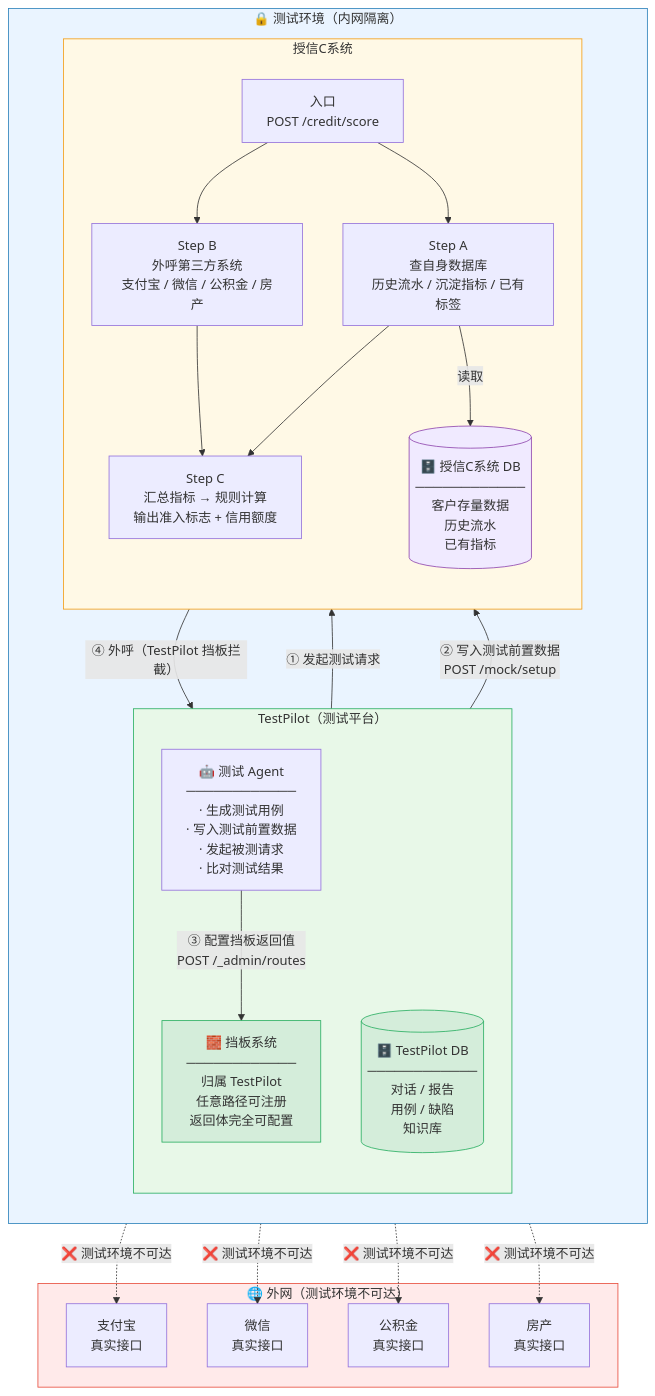
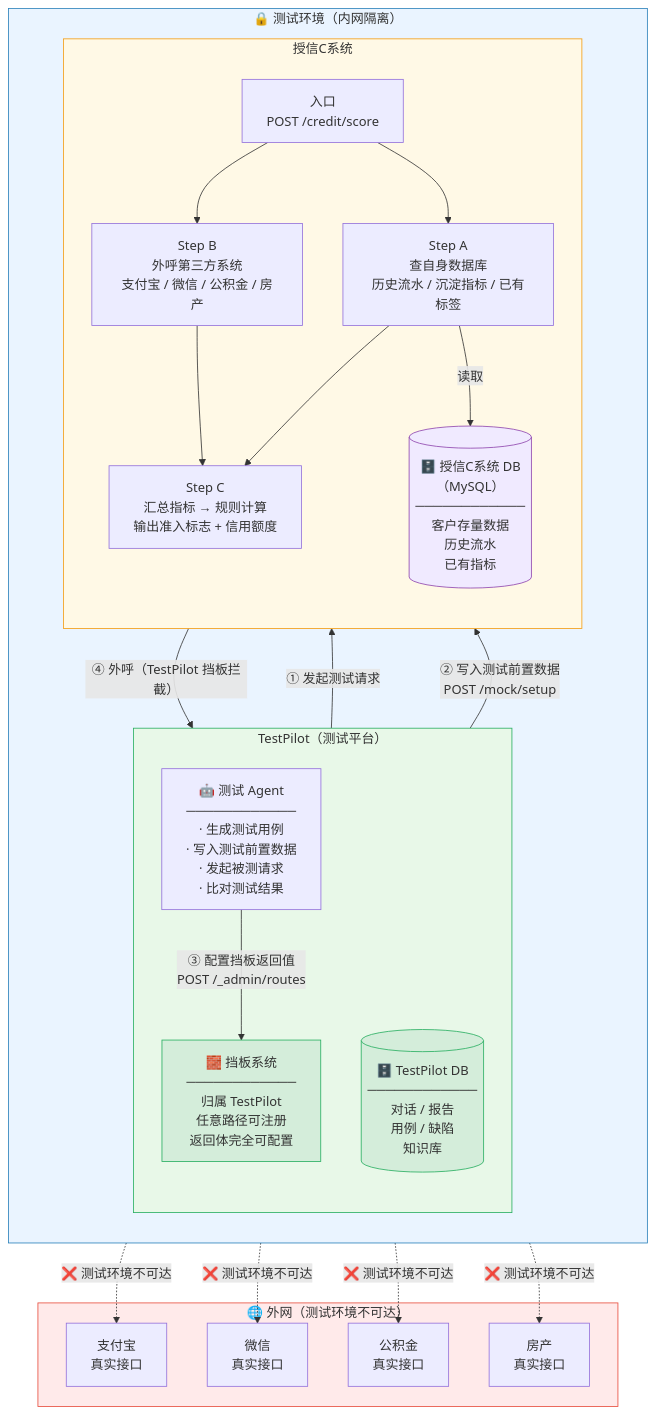
Before and after one commit to lee780/testagent-demo: the first of 4 diagrams in docs/08-测试架构组网图.md, drawn with Mermaid. The commit also changed other lines of this file and 1 other file, not shown here.

Commit message:
fix: 授信C系统 DB 数据库类型改为 MySQL
- 架构图节点标注：授信C系统 DB (MySQL)
- 部署表端口：5432 → 3306（MySQL）
- 代码端暂不变更（当前 Mock 表仍在 TestPilot PostgreSQL 中模拟）
  真实接入授信C系统 MySQL 时再单独处理 MySQL 连接

````diff
--- a/docs/08-测试架构组网图.md
+++ b/docs/08-测试架构组网图.md
@@ -9,51 +9,51 @@
 ```mermaid
 graph TB
     subgraph INTERNET ["🌐 外网（测试环境不可达）"]
         ALI["支付宝\n真实接口"]
         WX["微信\n真实接口"]
         GJJ["公积金\n真实接口"]
         RE["房产\n真实接口"]
     end
 
     subgraph INTRANET ["🔒 测试环境（内网隔离）"]
         direction TB
 
         subgraph TP ["TestPilot（测试平台）"]
             direction TB
             AGENT["🤖 测试 Agent\n────────────\n· 生成测试用例\n· 写入测试前置数据\n· 发起被测请求\n· 比对测试结果"]
             TPDB[("🗄️ TestPilot DB\n────────────\n对话 / 报告\n用例 / 缺陷\n知识库")]
             STUB["🧱 挡板系统\n────────────\n归属 TestPilot\n任意路径可注册\n返回体完全可配置"]
         end
 
         subgraph CSYS ["授信C系统"]
             direction TB
             ENTRY["入口\nPOST /credit/score"]
             STEP_A["Step A\n查自身数据库\n历史流水 / 沉淀指标 / 已有标签"]
             STEP_B["Step B\n外呼第三方系统\n支付宝 / 微信 / 公积金 / 房产"]
             STEP_C["Step C\n汇总指标 → 规则计算\n输出准入标志 + 信用额度"]
-            CDB[("🗄️ 授信C系统 DB\n────────────\n客户存量数据\n历史流水\n已有指标")]
+            CDB[("🗄️ 授信C系统 DB\n（MySQL）\n────────────\n客户存量数据\n历史流水\n已有指标")]
             ENTRY --> STEP_A --> STEP_C
             ENTRY --> STEP_B --> STEP_C
             STEP_A -- "读取" --> CDB
         end
 
     end
 
     AGENT -- "① 发起测试请求" --> ENTRY
     AGENT -- "② 写入测试前置数据\nPOST /mock/setup" --> CDB
     AGENT -- "③ 配置挡板返回值\nPOST /_admin/routes" --> STUB
     STEP_B -- "④ 外呼（TestPilot 挡板拦截）" --> STUB
 
     STUB -. "❌ 测试环境不可达" .-> ALI
     STUB -. "❌ 测试环境不可达" .-> WX
     STUB -. "❌ 测试环境不可达" .-> GJJ
     STUB -. "❌ 测试环境不可达" .-> RE
 
     style INTERNET fill:#ffeaea,stroke:#e74c3c,color:#333
     style INTRANET fill:#eaf4ff,stroke:#2980b9,color:#333
     style TP fill:#e8f8e8,stroke:#27ae60,color:#333
     style CSYS fill:#fff9e6,stroke:#f39c12,color:#333
     style TPDB fill:#d4edda,stroke:#27ae60
     style CDB fill:#f0eaff,stroke:#8e44ad
     style STUB fill:#d4edda,stroke:#27ae60
 ```
````
